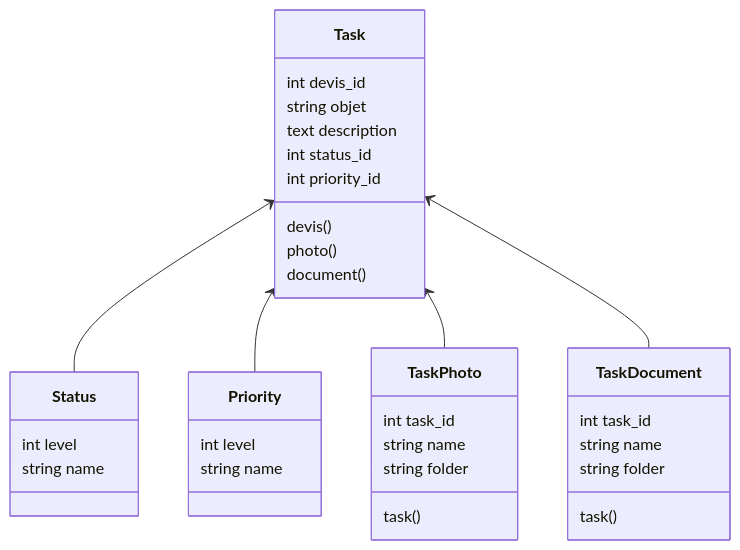
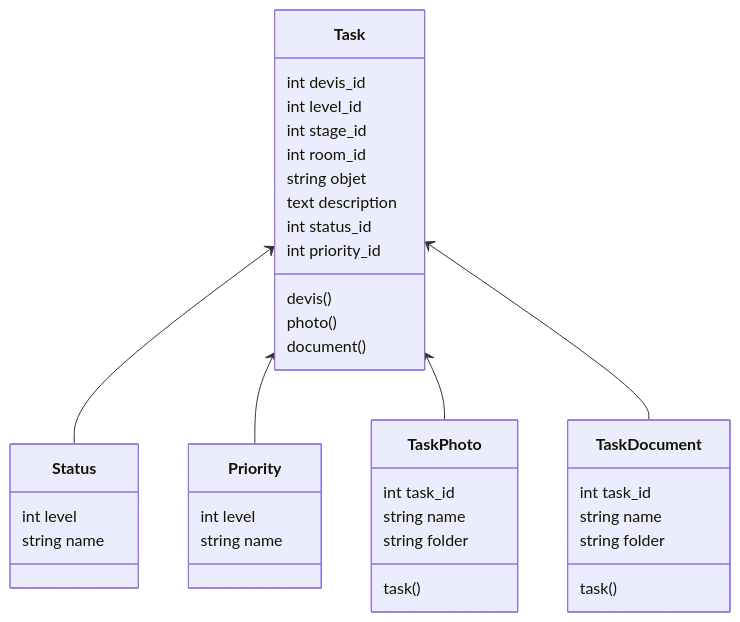
The diagram in public/documents/09_taches.md (desmond8500/Dash-API-Model), drawn with Mermaid before and after one commit. The commit also changed 31 other files, not shown here.

````diff
--- a/public/documents/09_taches.md
+++ b/public/documents/09_taches.md
@@ -9,44 +9,47 @@
 ```mermaid
 classDiagram
 
 Task <-- Status
 Task <-- Priority
 Task <-- TaskPhoto
 Task <-- TaskDocument
 
 class Task{
     int devis_id
+    int level_id
+    int stage_id
+    int room_id
     string objet
     text description
     int status_id
     int priority_id
     devis()
     photo()
     document()
 }
 
 class TaskPhoto{
     int task_id
     string name
     string folder
     task()
 }
 
 class TaskDocument{
     int task_id
     string name
     string folder
     task()
 }
 
 class Status{
     int level
     string name
 }
 
 class Priority{
     int level
     string name
 }
 
 ```
````
